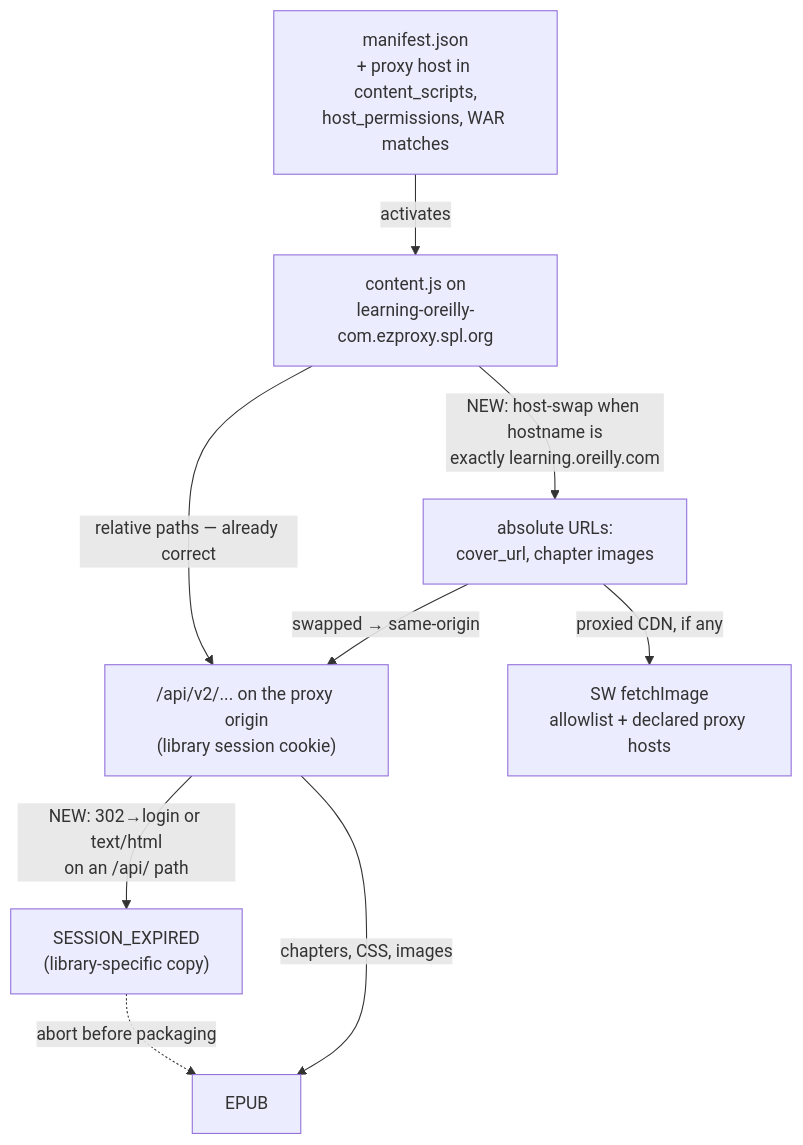
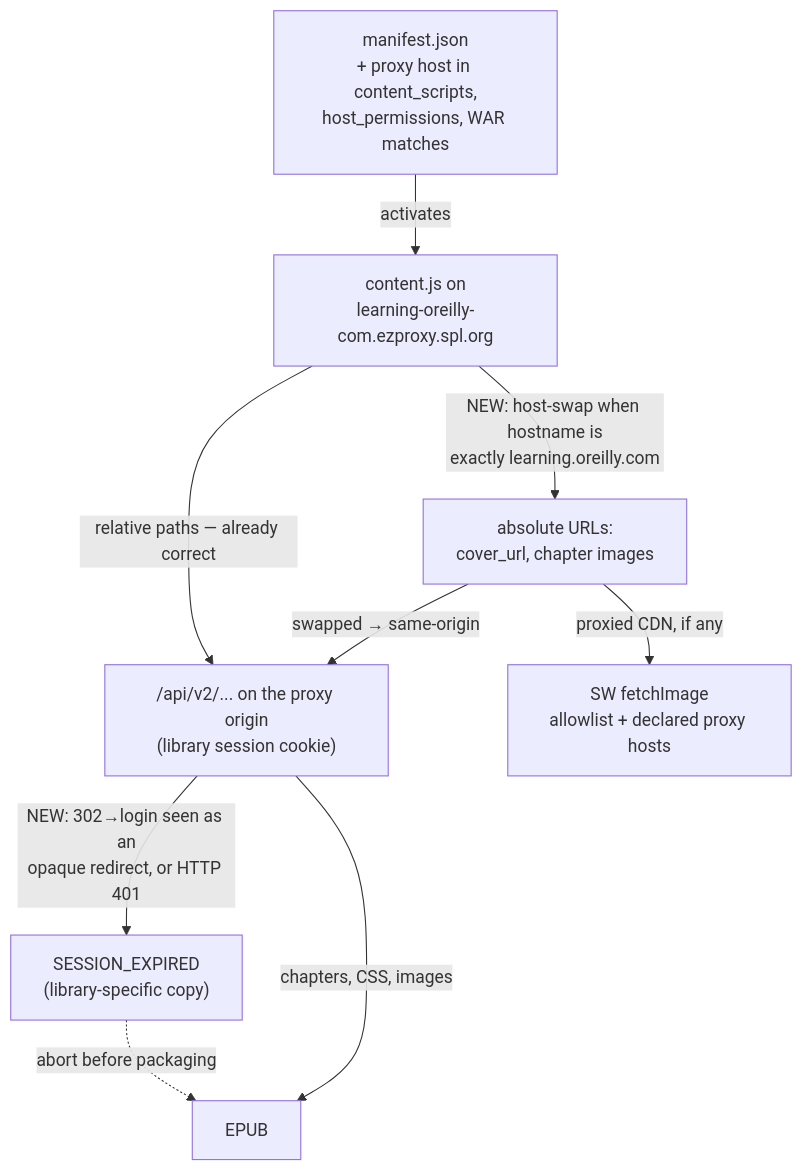
The diagram in docs/plans/2026-07-09-002-feat-library-proxy-support-plan.md (ludengz/oreillybook-epub-exporter), drawn with Mermaid before and after one commit. The commit also changed 3 other files, not shown here.

````diff
--- a/docs/plans/2026-07-09-002-feat-library-proxy-support-plan.md
+++ b/docs/plans/2026-07-09-002-feat-library-proxy-support-plan.md
@@ -103,11 +103,11 @@
 ```mermaid
 flowchart TD
     M["manifest.json<br/>+ proxy host in content_scripts,<br/>host_permissions, WAR matches"] -->|activates| C["content.js on<br/>learning-oreilly-com.ezproxy.spl.org"]
     C -->|relative paths — already correct| API["/api/v2/... on the proxy origin<br/>(library session cookie)"]
     C -->|"NEW: host-swap when hostname is<br/>exactly learning.oreilly.com"| ABS["absolute URLs:<br/>cover_url, chapter images"]
     ABS -->|swapped → same-origin| API
     ABS -->|proxied CDN, if any| SW["SW fetchImage<br/>allowlist + declared proxy hosts"]
-    API -->|"NEW: 302→login or text/html<br/>on an /api/ path"| EXP["SESSION_EXPIRED<br/>(library-specific copy)"]
+    API -->|"NEW: 302→login seen as an<br/>opaque redirect, or HTTP 401"| EXP["SESSION_EXPIRED<br/>(library-specific copy)"]
     EXP -.->|abort before packaging| ZIP["EPUB"]
     API -->|chapters, CSS, images| ZIP
 ```
````
